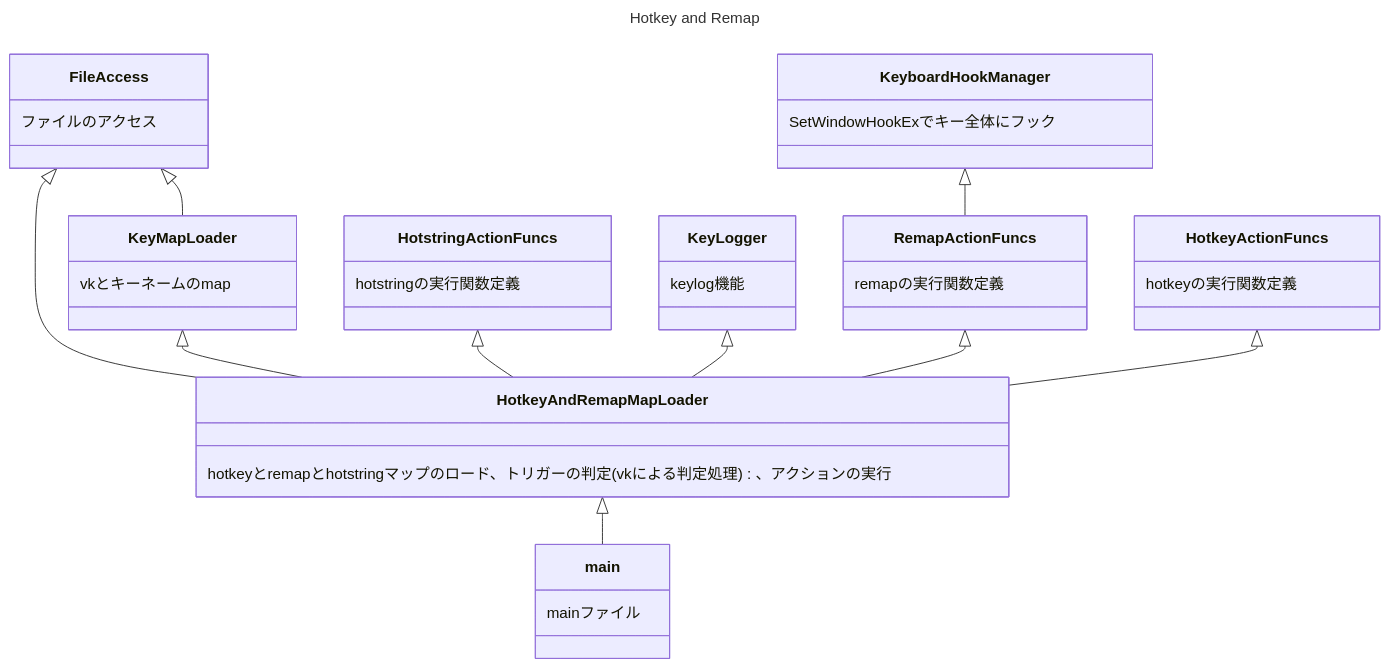
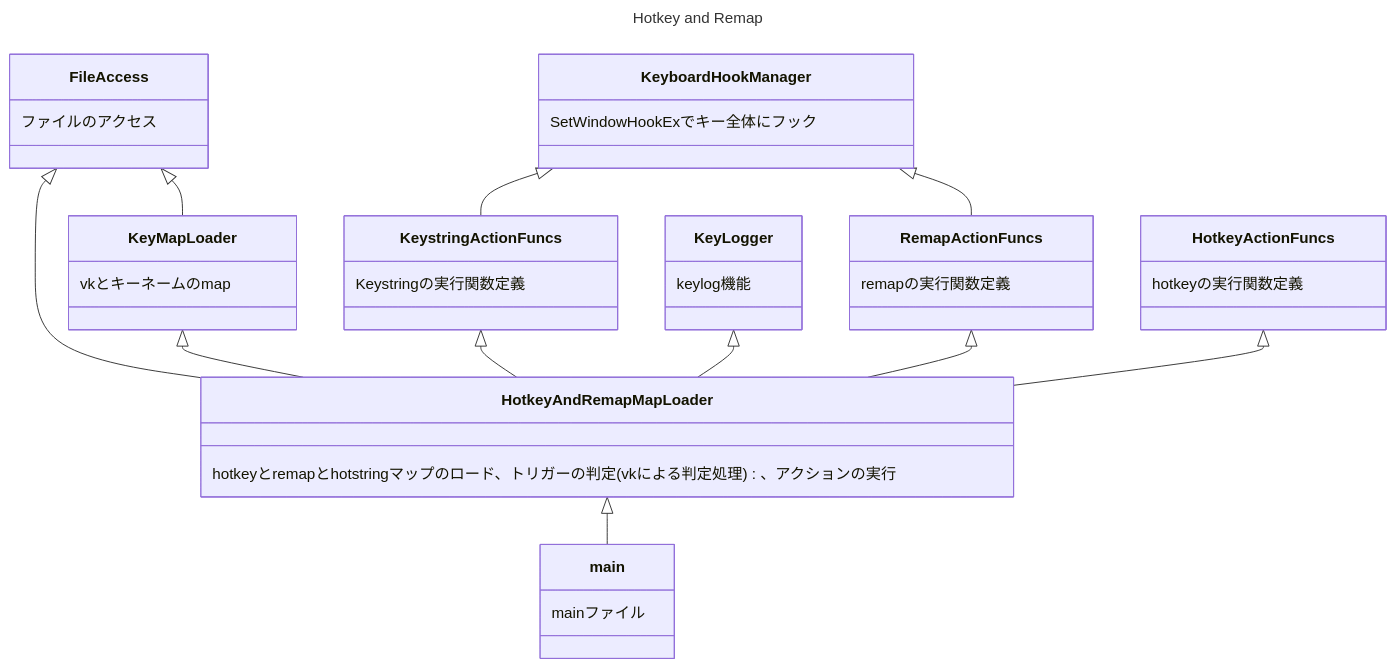
One commit to ripidot/newhotkey changed the diagram in document/クラス図/Mermaid Chart.mmd. Above: the diagram before and after it, drawn with Mermaid. The commit also changed 15 other files, not shown here.

```diff
--- a/document/クラス図/Mermaid Chart.mmd
+++ b/document/クラス図/Mermaid Chart.mmd
@@ -1,42 +1,43 @@
 ---
 title: Hotkey and Remap
 ---
 classDiagram
 direction TB
     class FileAccess {
 	    ファイルのアクセス
     }
     class HotkeyAndRemapMapLoader {
 	    hotkeyとremapとhotstringマップのロード、トリガーの判定(vkによる判定処理) 、アクションの実行
     }
     class KeyMapLoader {
 	    vkとキーネームのmap
     }
     class KeyboardHookManager {
 	    SetWindowHookExでキー全体にフック
     }
     class HotkeyActionFuncs {
 	    hotkeyの実行関数定義
     }
     class RemapActionFuncs {
 	    remapの実行関数定義
     }
-    class HotstringActionFuncs {
-	    hotstringの実行関数定義
+    class KeystringActionFuncs {
+	    Keystringの実行関数定義
     }
     class main {
 	    mainファイル
     }
     class KeyLogger {
 	    keylog機能
     }
 
     FileAccess <|-- HotkeyAndRemapMapLoader
     FileAccess <|-- KeyMapLoader
     KeyMapLoader <|-- HotkeyAndRemapMapLoader
+    KeyboardHookManager <|-- KeystringActionFuncs
     KeyboardHookManager <|-- RemapActionFuncs
-    HotstringActionFuncs <|-- HotkeyAndRemapMapLoader
+    KeystringActionFuncs <|-- HotkeyAndRemapMapLoader
     KeyLogger <|-- HotkeyAndRemapMapLoader
     RemapActionFuncs <|-- HotkeyAndRemapMapLoader
     HotkeyActionFuncs <|-- HotkeyAndRemapMapLoader
     HotkeyAndRemapMapLoader <|-- main
```
